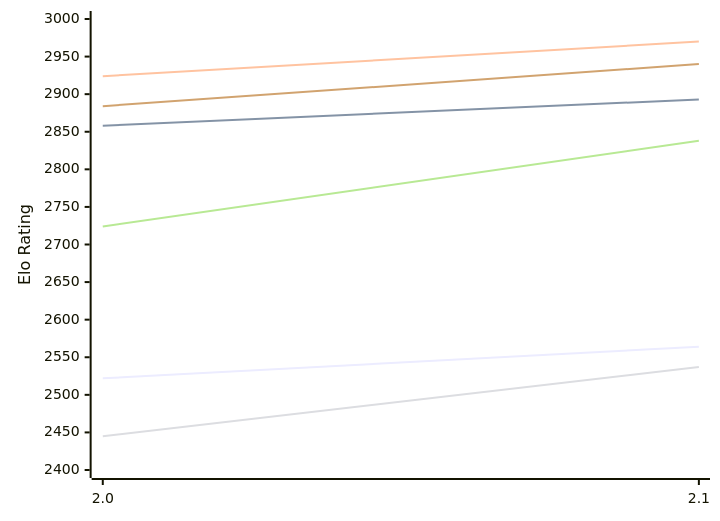
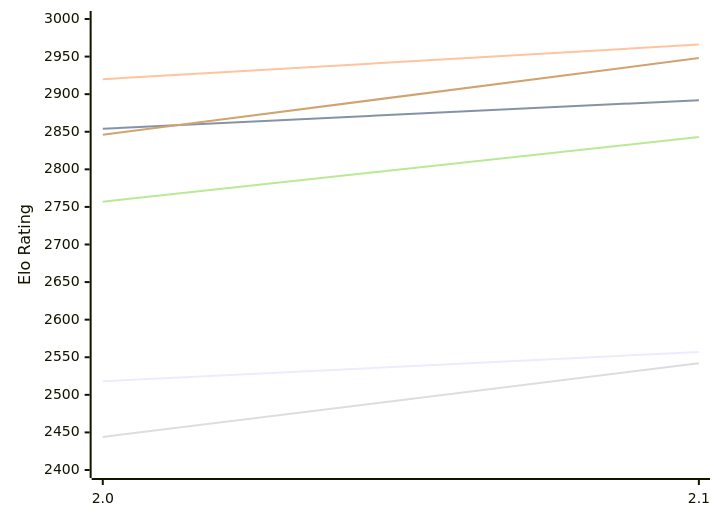
Before and after one commit to computer-chess-index/cci: the first of 2 diagrams in engines/Noggin.md, drawn with Mermaid. The commit also changed other lines of this file, not shown here.

Commit message:
Update CCI Ratings (ELO VLTC) - 2026-11-21

````diff
--- a/engines/Noggin.md
+++ b/engines/Noggin.md
@@ -50,12 +50,12 @@
 ```mermaid
 %%{init: {"theme":"base","themeVariables":{"seriesColors:['#a3a3a3','#222221','#faa371']}}}%%
 xychart-beta
   x-axis ["2.0", "2.1"]
   y-axis "Elo Rating" 2400 --> 3000
-  line "E1: STC (8.0+0.08s)" [2522, 2564]
-  line "E1: LTC (60.0+0.60s)" [2858, 2893]
-  line "E1: VLTC (2m24s+1.12s)" [2924, 2970]
-  line "P1: STC (8.0+0.08s)" [2445, 2537]
-  line "P1: LTC (60.0+0.60s)" [2724, 2838]
-  line "P1: VLTC (2m24s+1.12s)" [2884, 2940]
+  line "E1: STC (8.0+0.08s)" [2518, 2557]
+  line "E1: LTC (60.0+0.60s)" [2854, 2892]
+  line "E1: VLTC (2m24s+1.12s)" [2920, 2966]
+  line "P1: STC (8.0+0.08s)" [2444, 2542]
+  line "P1: LTC (60.0+0.60s)" [2757, 2843]
+  line "P1: VLTC (2m24s+1.12s)" [2846, 2948]
 ```
````
